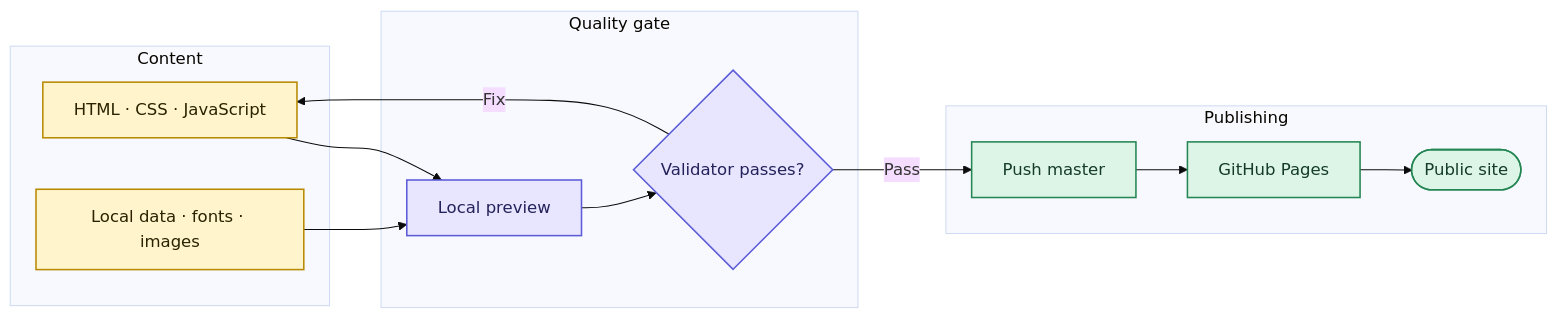
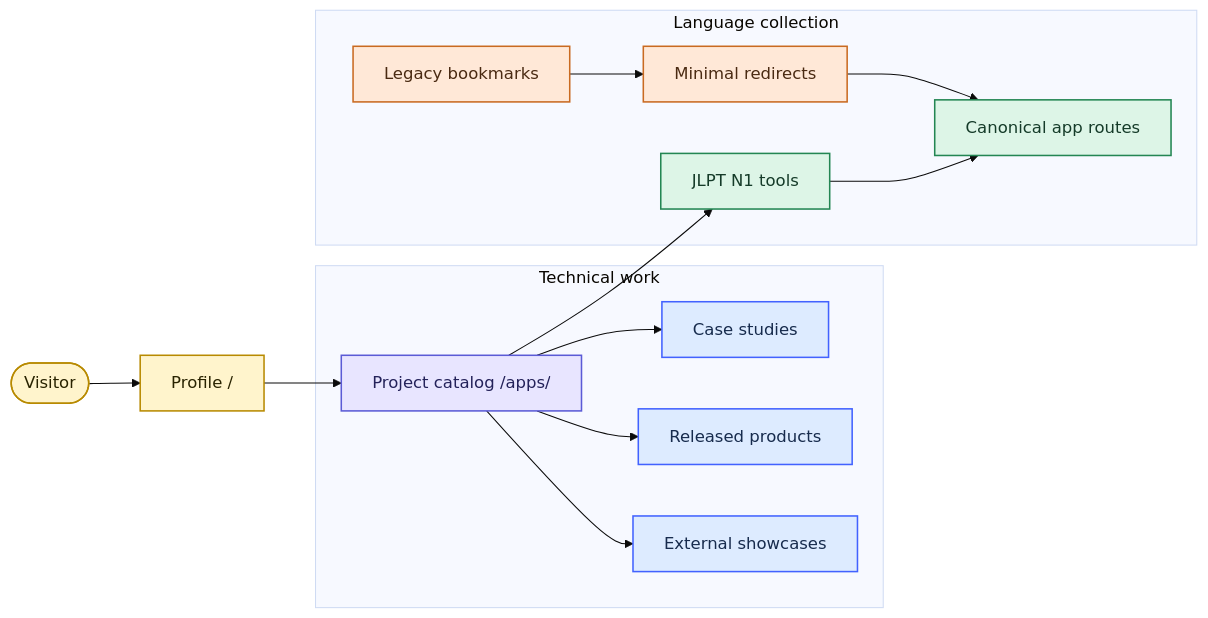
Before and after one commit to thangldw/thangldw.github.io: the first of 2 diagrams in README.md, drawn with Mermaid (base theme). The commit also changed other lines of this file and 14 other files, not shown here.

````diff
--- a/README.md
+++ b/README.md
@@ -25,32 +11,29 @@
 ```mermaid
 flowchart LR
-  subgraph Build[Content]
-    A[HTML · CSS · JavaScript]
-    B[Local data · fonts · images]
+  Visitor(["Visitor"]) --> Home["Profile /"]
+  Home --> Catalog["Project catalog /apps/"]
+
+  subgraph Technical["Technical work"]
+    Catalog --> Cases["Case studies"]
+    Catalog --> Products["Released products"]
+    Catalog --> External["External showcases"]
   end
 
-  subgraph Check[Quality gate]
-    C[Local preview]
-    D{Validator passes?}
+  subgraph Learning["Language collection"]
+    Catalog --> JLPT["JLPT N1 tools"]
+    JLPT --> Canonical["Canonical app routes"]
+    Legacy["Legacy bookmarks"] --> Redirect["Minimal redirects"]
+    Redirect --> Canonical
   end
 
-  subgraph Ship[Publishing]
-    E[Push master]
-    F[GitHub Pages]
-    G([Public site])
-  end
-
-  A --> C
-  B --> C
-  C --> D
-  D -->|Fix| A
-  D -->|Pass| E
-  E --> F --> G
-
-  classDef content fill:#FFF4CC,stroke:#B88A00,color:#292300,stroke-width:1.5px;
-  classDef quality fill:#E8E5FF,stroke:#5B5BD6,color:#24225A,stroke-width:1.5px;
-  classDef delivery fill:#DDF5E7,stroke:#238653,color:#153B29,stroke-width:1.5px;
-  class A,B content;
-  class C,D quality;
-  class E,F,G delivery;
+  classDef entry fill:#FFF4CC,stroke:#B88A00,color:#292300,stroke-width:1.5px;
+  classDef navigation fill:#E8E5FF,stroke:#5B5BD6,color:#24225A,stroke-width:1.5px;
+  classDef technical fill:#DDEBFF,stroke:#4262FF,color:#172B4D,stroke-width:1.5px;
+  classDef learning fill:#DDF5E7,stroke:#238653,color:#153B29,stroke-width:1.5px;
+  classDef compatibility fill:#FFE8D7,stroke:#C96A21,color:#4A2A12,stroke-width:1.5px;
+  class Visitor,Home entry;
+  class Catalog navigation;
+  class Cases,Products,External technical;
+  class JLPT,Canonical learning;
+  class Legacy,Redirect compatibility;
 ```
````
